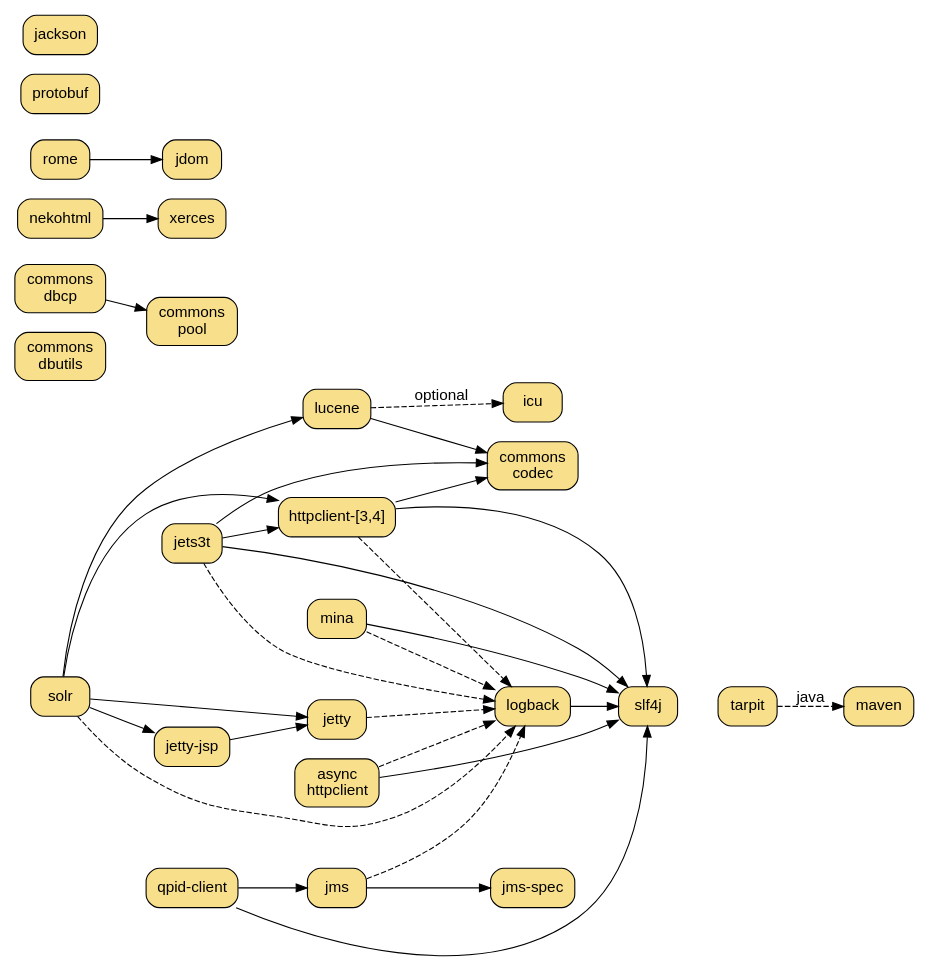
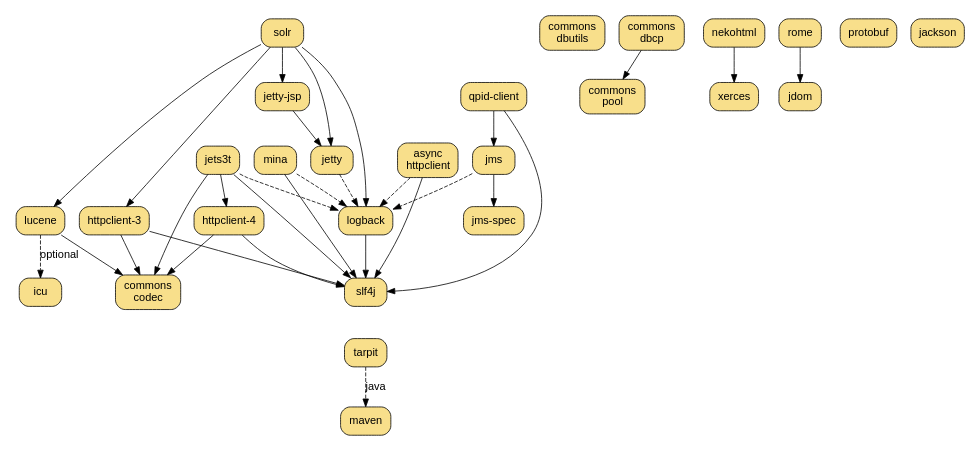
The diagram in www/rjack.dot (dekellum/rjack), drawn with Graphviz before and after one commit.

Commit message:
www: Split httpclient-3,4 deps; fix solr->logback dep

```diff
--- a/www/rjack.dot
+++ b/www/rjack.dot
@@ -1,111 +1,113 @@
 digraph "RJack Gem Dependency Graph" {
   bgcolor="transparent";
-  rankdir=LR;
+  rankdir=TB;
   size="7.0,7.0";
   node [ shape=box, style="filled,rounded", fillcolor="#f8df8b",
          fontname="Arial", margin="0.15,0.1" ];
   edge [ fontname="Arial" ];
 
   "solr"          [ target=_parent, URL="solr/" ];
   "lucene"        [ target=_parent, URL="lucene/" ];
 
   "jets3t"        [ target=_parent, URL="jets3t/" ];
 
-  "httpclient"    [ target=_parent, URL="httpclient-3/",
-                          shape=record, label="httpclient-[3,4]" ];
+  "httpclient-3"  [ target=_parent, URL="httpclient-3/" ];
+  "httpclient-4"  [ target=_parent, URL="httpclient-4/" ];
 
   "icu"           [ target=_parent, URL="icu/" ];
 
   "jetty"         [ target=_parent, URL="jetty/" ];
   "jetty-jsp"     [ target=_parent, URL="jetty-jsp/" ];
 
   "slf4j"         [ target=_parent, URL="slf4j/", group=log ];
   "logback"       [ target=_parent, URL="logback/", group=log ];
 
   "commons-codec" [ label=<commons<br/>codec>
                     target=_parent, URL="commons-codec/", group=commons ];
 
   "jms-spec"      [ target=_parent, URL="jms-spec/", group=net ];
   "jms"           [ target=_parent, URL="jms/", group=net ];
   "mina"          [ target=_parent, URL="mina/", group=net ];
   "qpid-client"   [ target=_parent, URL="qpid-client/", group=net ];
 
   "async-httpclient" [ label=<async<br/>httpclient>
                        target=_parent, URL="async-httpclient/" ];
 
   subgraph cluster_db {
     style=invis
     "commons-dbcp"    [ label=<commons<br/>dbcp>
                         target=_parent, URL="commons-dbcp/", group=commons ];
     "commons-dbutils" [ label=<commons<br/>dbutils>
                         target=_parent, URL="commons-dbutils/", group=commons ];
     "commons-pool"    [ label=<commons<br/>pool>
                         target=_parent, URL="commons-pool/", group=commons ];
   }
 
   subgraph cluster_xml {
     style=invis
     "rome"          [ target=_parent, URL="rome/", group=ml ];
     "jdom"          [ target=_parent, URL="jdom/", group=ml ];
     "nekohtml"      [ target=_parent, URL="nekohtml/", group=ml ];
     "xerces"        [ target=_parent, URL="xerces/", group=ml ];
   }
 
   subgraph cluster_alt_parse {
     style=invis
     "jackson"       [ target=_parent, URL="jackson/" ];
     "protobuf"      [ target=_parent, URL="protobuf/" ];
   }
 
   "tarpit"        [ target=_parent, URL="tarpit/" ];
   "maven"         [ target=_parent, URL="maven/" ];
 
   "commons-dbcp" -> "commons-pool";
   "commons-dbutils" -> "commons-pool" [ style=invis ];
 
   "tarpit"       -> "maven" [ style=dashed, label="java" ];
 
   "jets3t"       -> "logback" [ style=dashed ];
-  "jets3t"       -> "httpclient";
+  "jets3t"       -> "httpclient-4";
   "jets3t"       -> "commons-codec";
   "jets3t"       -> "slf4j";
 
   "rome"         -> "jdom"
   "nekohtml"     -> "xerces"
 
-  "httpclient"   -> "commons-codec";
-  "httpclient"   -> "logback" [ style=dashed ];
-  "httpclient"   -> "slf4j";
+  "httpclient-3"   -> "commons-codec";
+  "httpclient-4"   -> "commons-codec";
+#  "httpclient"   -> "logback" [ style=dashed ];
+  "httpclient-3"   -> "slf4j";
+  "httpclient-4"   -> "slf4j";
 
   "jetty-jsp"    -> "jetty";
   "jetty"        -> "logback" [ style=dashed ];
-#  "jetty"        -> "slf4j"   [ style=dashed, label="optional" ];
+#  "jetty"        -> "slf4j"   [ style=dashed ];
 
   "logback"      -> "slf4j";
 
   "jms"          -> "jms-spec";
   "jms"          -> "logback" [ style=dashed ];
 
   "mina"         -> "slf4j";
   "mina"         -> "logback" [ style=dashed ];
 
   "qpid-client"  -> "jms";
   "qpid-client"  -> "slf4j";
 #  "qpid-client"  -> "logback" [ style=dashed ];
 
   "async-httpclient" -> "slf4j"
   "async-httpclient" -> "logback" [ style=dashed ];
 
   "lucene" -> "commons-codec"
   "lucene" -> "icu"           [ style=dashed, label="optional" ];
 
   "solr"   -> "lucene"
   "solr"   -> "jetty"
   "solr"   -> "jetty-jsp"
-  "solr"   -> "httpclient"
-  "solr"   -> "logback"       [ style=dashed ];
+  "solr"   -> "httpclient-3"
+  "solr"   -> "logback";
 #  "solr"   -> "slf4j"
 
 # for association only
   "slf4j" -> "tarpit" [ style=invis ];
 }
```
